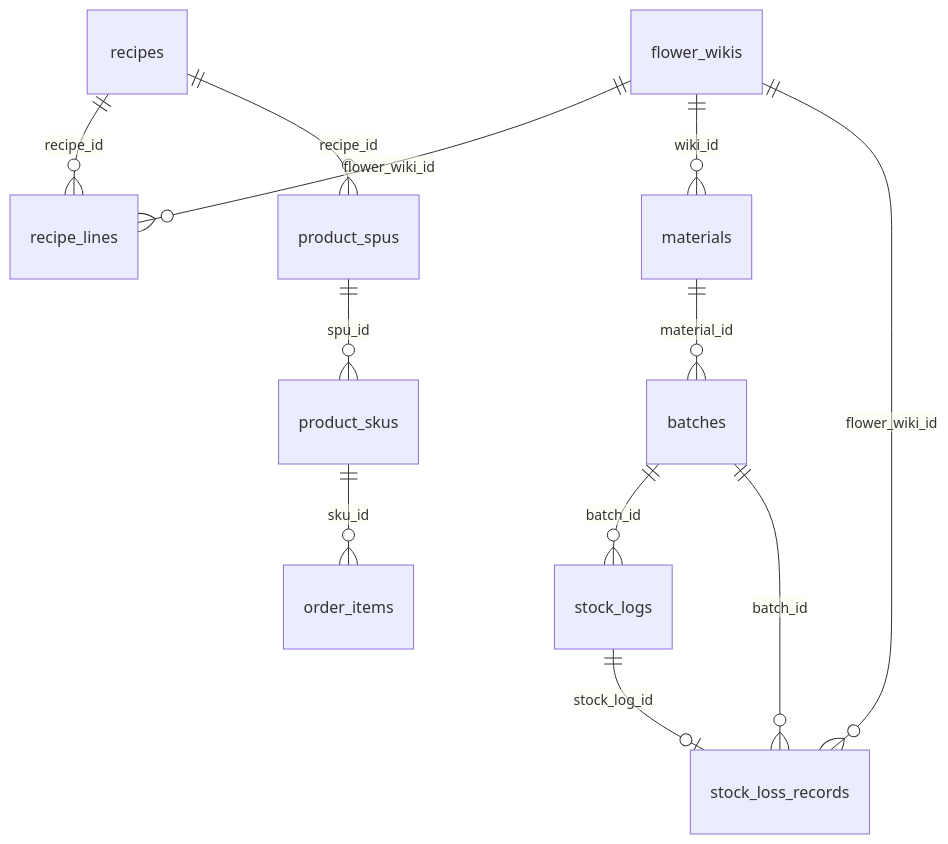
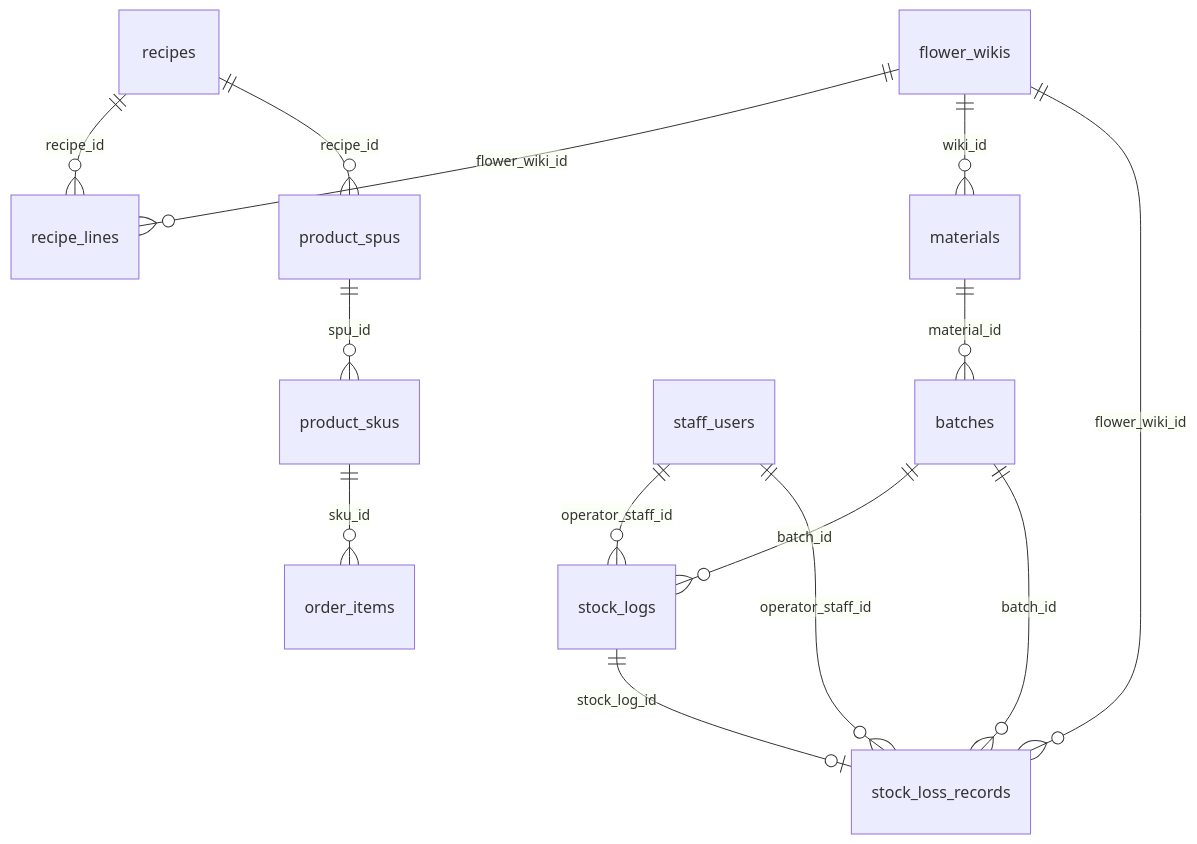
Before and after one commit to movingtea/42_flower_management: the diagram in flower-wms-system/ARCHITECTURE.md, drawn with Mermaid. The commit also changed other lines of this file and 64 other files, not shown here.

````diff
--- a/flower-wms-system/ARCHITECTURE.md
+++ b/flower-wms-system/ARCHITECTURE.md
@@ -342,14 +472,16 @@
 ```mermaid
 erDiagram
   flower_wikis ||--o{ recipe_lines : "flower_wiki_id"
   recipes ||--o{ recipe_lines : "recipe_id"
   recipes ||--o{ product_spus : "recipe_id"
   flower_wikis ||--o{ materials : "wiki_id"
   materials ||--o{ batches : "material_id"
   batches ||--o{ stock_logs : "batch_id"
   batches ||--o{ stock_loss_records : "batch_id"
   flower_wikis ||--o{ stock_loss_records : "flower_wiki_id"
   stock_logs ||--o| stock_loss_records : "stock_log_id"
+  staff_users ||--o{ stock_logs : "operator_staff_id"
+  staff_users ||--o{ stock_loss_records : "operator_staff_id"
   product_spus ||--o{ product_skus : "spu_id"
   product_skus ||--o{ order_items : "sku_id"
 ```
````
